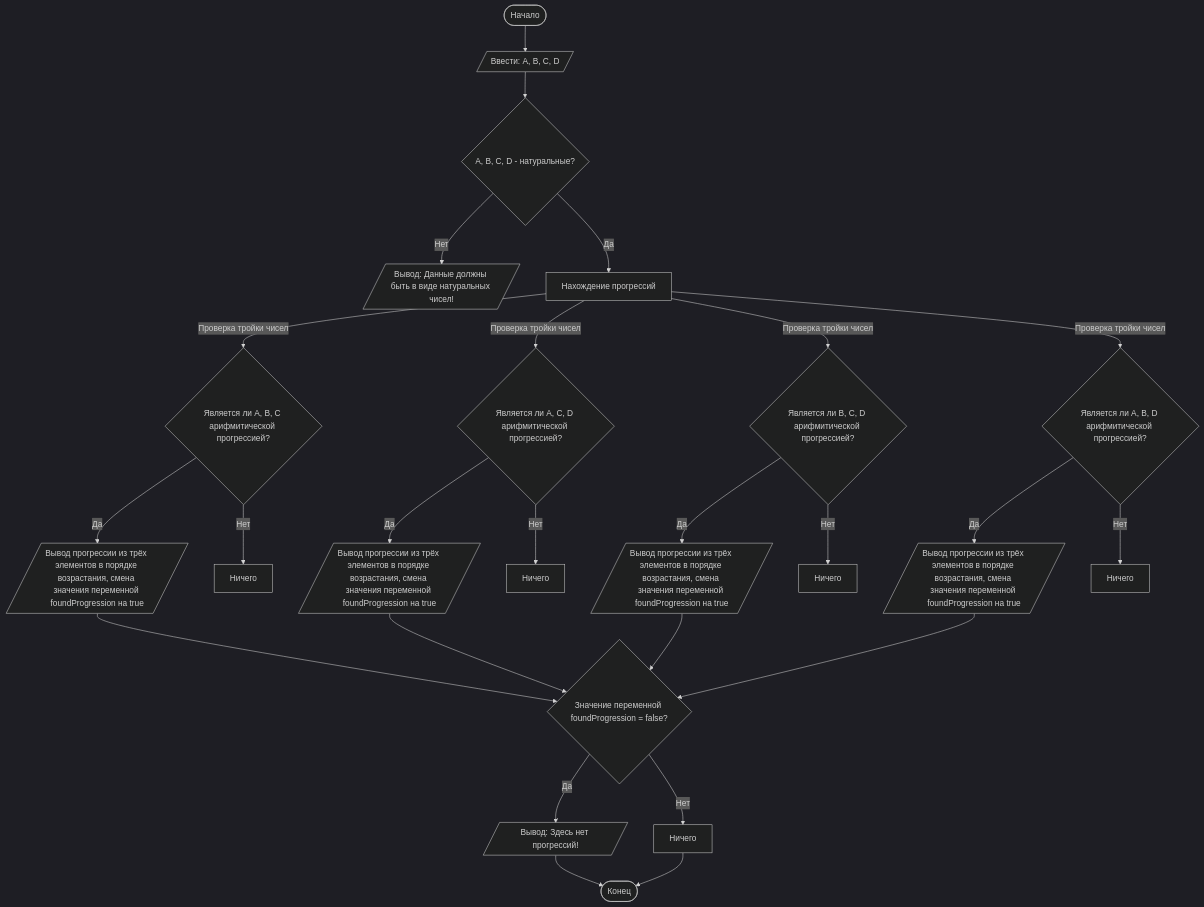
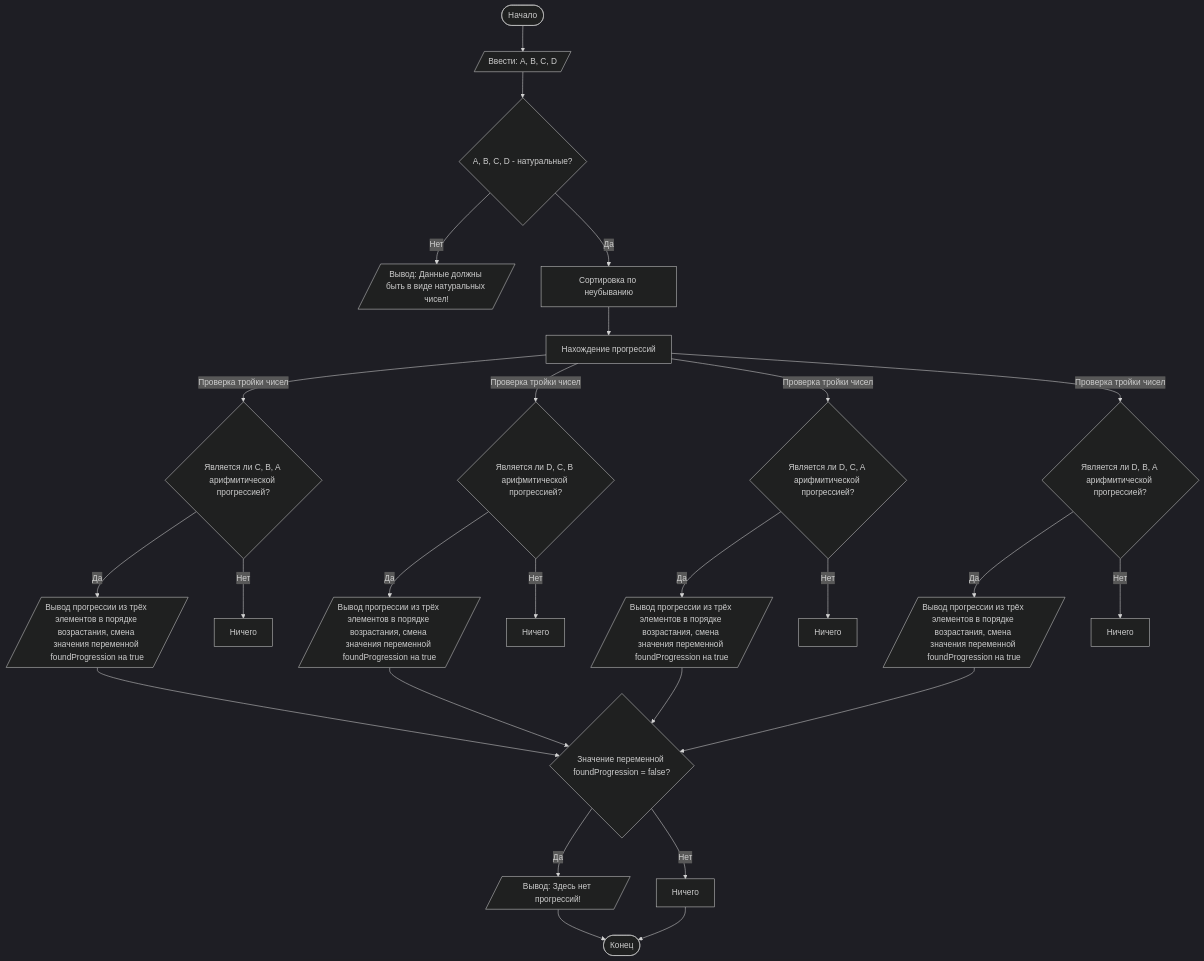
The diagram in README.md (Matvey-Kh/Lab1), drawn with Mermaid (dark theme) before and after one commit. The commit also changed other lines of this file and 1 other file, not shown here.

````diff
--- a/README.md
+++ b/README.md
@@ -92,26 +97,27 @@
 ```mermaid
 graph TD
     A([Начало]) --> B[/Ввести: A, B, C, D/]
     B --> C{A, B, C, D - натуральные?}
     C -- Нет --> D[/Вывод: Данные должны быть в виде натуральных чисел!/]
-    C -- Да --> L[Нахождение прогрессий]
-    L -- Проверка тройки чисел --> H{Является ли A, B, C арифмитической прогрессией?}
-    L -- Проверка тройки чисел --> I{Является ли A, C, D арифмитической прогрессией?}
-    L -- Проверка тройки чисел --> J{Является ли B, C, D арифмитической прогрессией?}
-    L -- Проверка тройки чисел --> K{Является ли A, B, D арифмитической прогрессией?}
+    C -- Да --> X[Сортировка по неубыванию]
+    X --> L[Нахождение прогрессий]
+    L -- Проверка тройки чисел --> H{Является ли C, B, A арифмитической прогрессией?}
+    L -- Проверка тройки чисел --> I{Является ли D, C, B арифмитической прогрессией?}
+    L -- Проверка тройки чисел --> J{Является ли D, C, A арифмитической прогрессией?}
+    L -- Проверка тройки чисел --> K{Является ли D, B, A арифмитической прогрессией?}
     H -- Да --> M1[/Вывод прогрессии из трёх элементов в порядке возрастания, смена значения переменной foundProgression на true/]
     H -- Нет --> M2[Ничего]
     I -- Да --> M3[/Вывод прогрессии из трёх элементов в порядке возрастания, смена значения переменной foundProgression на true/]
     I -- Нет --> M4[Ничего]
     J -- Да --> M5[/Вывод прогрессии из трёх элементов в порядке возрастания, смена значения переменной foundProgression на true/]
     J -- Нет --> M6[Ничего]
     K -- Да --> M7[/Вывод прогрессии из трёх элементов в порядке возрастания, смена значения переменной foundProgression на true/]
     K -- Нет --> M8[Ничего]
     M1 --> N{Значение переменной foundProgression = false?}
     M3 --> N{Значение переменной foundProgression = false?}
     M5 --> N{Значение переменной foundProgression = false?}
     M7 --> N{Значение переменной foundProgression = false?}
     N -- Да --> O1[/Вывод: Здесь нет прогрессий!/] --> Z([Конец])
     N -- Нет --> O2[Ничего] --> Z([Конец])
 
 ```
````
